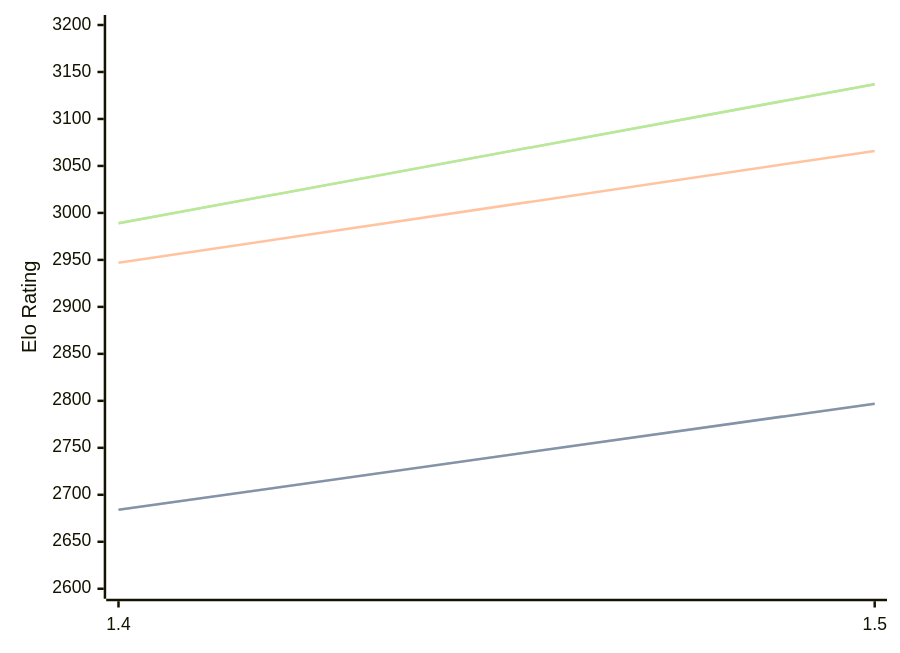
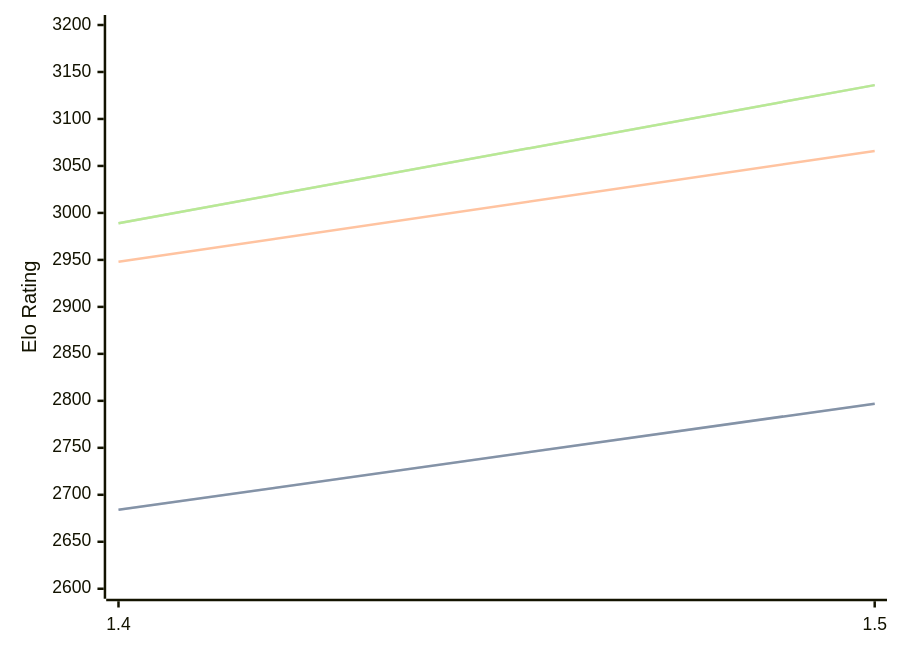
Before and after one commit to computer-chess-index/cci: the diagram in engines/Yakka.md, drawn with Mermaid. The commit also changed other lines of this file, not shown here.

Commit message:
Update CCI Ratings (ELO VLTC) - 2026-04-12

````diff
--- a/engines/Yakka.md
+++ b/engines/Yakka.md
@@ -36,11 +36,11 @@
 ```mermaid
 %%{init: {"theme":"base","themeVariables":{"seriesColors:['#a3a3a3','#222221','#faa371']}}}%%
 xychart-beta
   x-axis ["1.4", "1.5"]
   y-axis "Elo Rating" 2600 --> 3200
   line "STC (8.0+0.08s)" [2684, 2797]
   line "STC (8.0+0.08s)" [2684, 2797]
-  line "LTC (60.0+0.60s)" [2947, 3066]
-  line "VLTC (2m24s+1.12s)" [2989, 3137]
-  line "VLTC (2m24s+1.12s)" [2989, 3137]
+  line "LTC (60.0+0.60s)" [2948, 3066]
+  line "VLTC (2m24s+1.12s)" [2989, 3136]
+  line "VLTC (2m24s+1.12s)" [2989, 3136]
 ```
````
